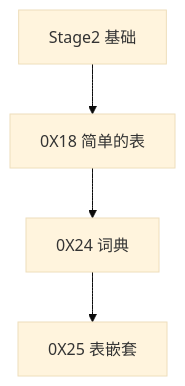
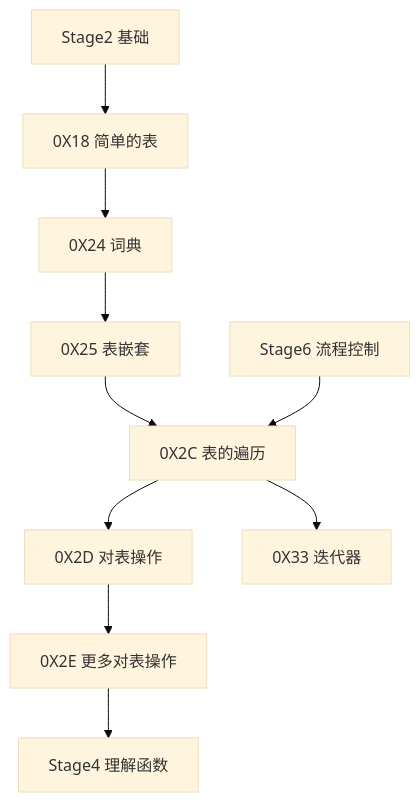
Before and after one commit to ZhiZe-ZG/TXLuaLesson: the seventh of 9 diagrams in 目录.md, drawn with Mermaid (base theme). The commit also changed other lines of this file and 9 other files, not shown here.

````diff
--- a/目录.md
+++ b/目录.md
@@ -193,11 +198,23 @@
 ```mermaid
-graph TD;
+graph TD
     S2[Stage2 基础]
+    S4[Stage4 理解函数]
+    S6[Stage6 流程控制]
     C18[0X18 简单的表]
     C24[0X24 词典]
     C25[0X25 表嵌套]
+    C2C[0X2C 表的遍历]
+    C2D[0X2D 对表操作]
+    C2E[0X2E 更多对表操作]
+    C33[0X33 迭代器]
 
     S2-->C18
     C18-->C24
     C24-->C25
+    C25-->C2C
+    S6-->C2C
+    C2C-->C2D
+    C2C-->C33
+    C2D-->C2E
+    C2E-->S4
 ```
````
